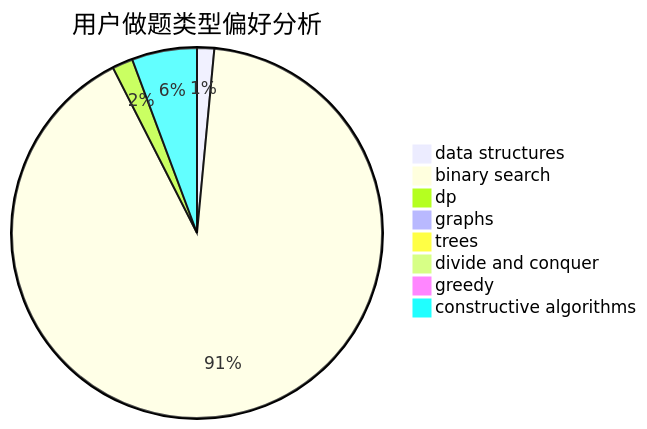
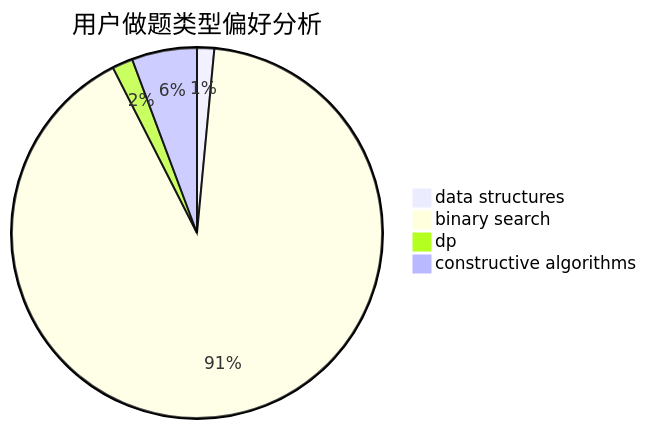
One commit to sherpahu/cfrs.github.io changed the second of 3 diagrams in docs/user/u741.md. Above: the diagram before and after it, drawn with Mermaid. The commit also changed other lines of this file and 2770 other files, not shown here.

````diff
--- a/docs/user/u741.md
+++ b/docs/user/u741.md
@@ -18,11 +15,7 @@
 ```mermaid
 pie title 用户做题类型偏好分析
     "data structures" :  5
     "binary search" :  304
     "dp" :  6
-    "graphs" :  0
-    "trees" :  0
-    "divide and conquer" :  0
-    "greedy" :  0
     "constructive algorithms" :  19
 ```
````
